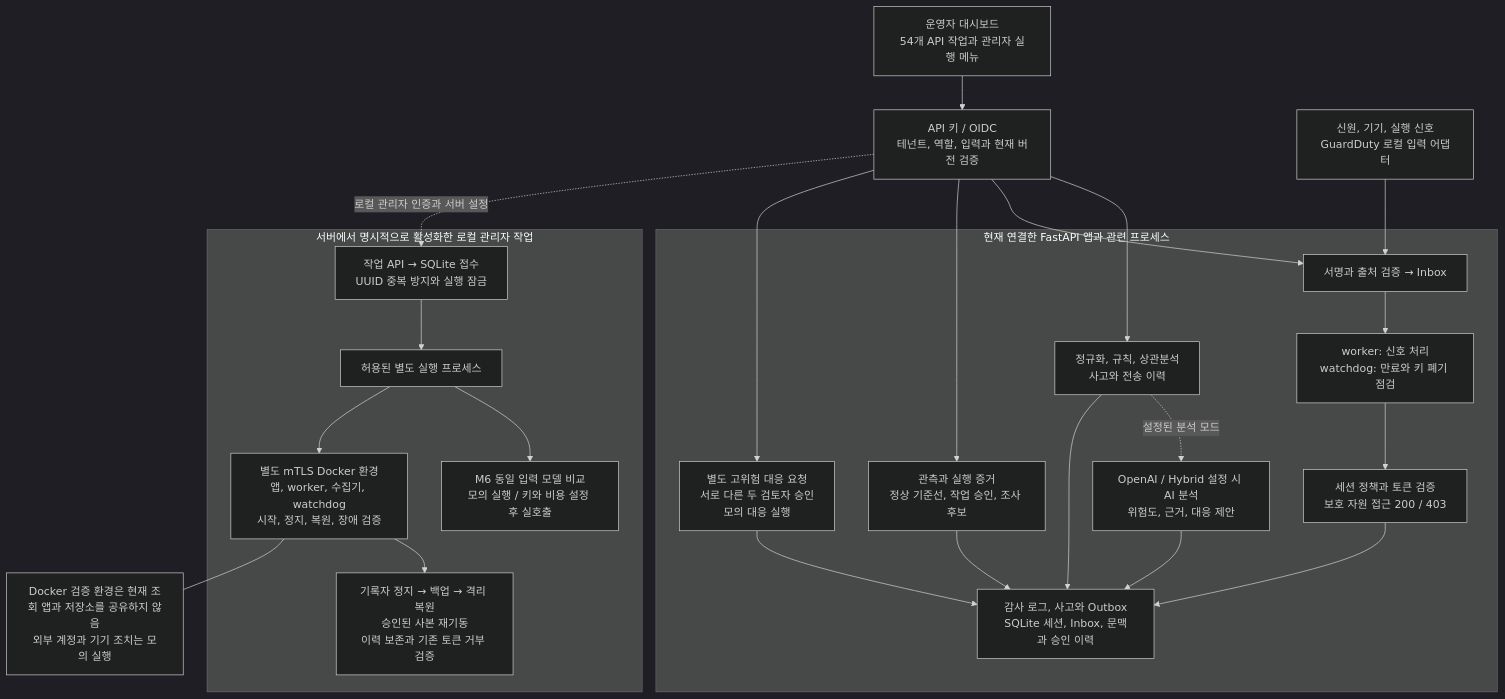
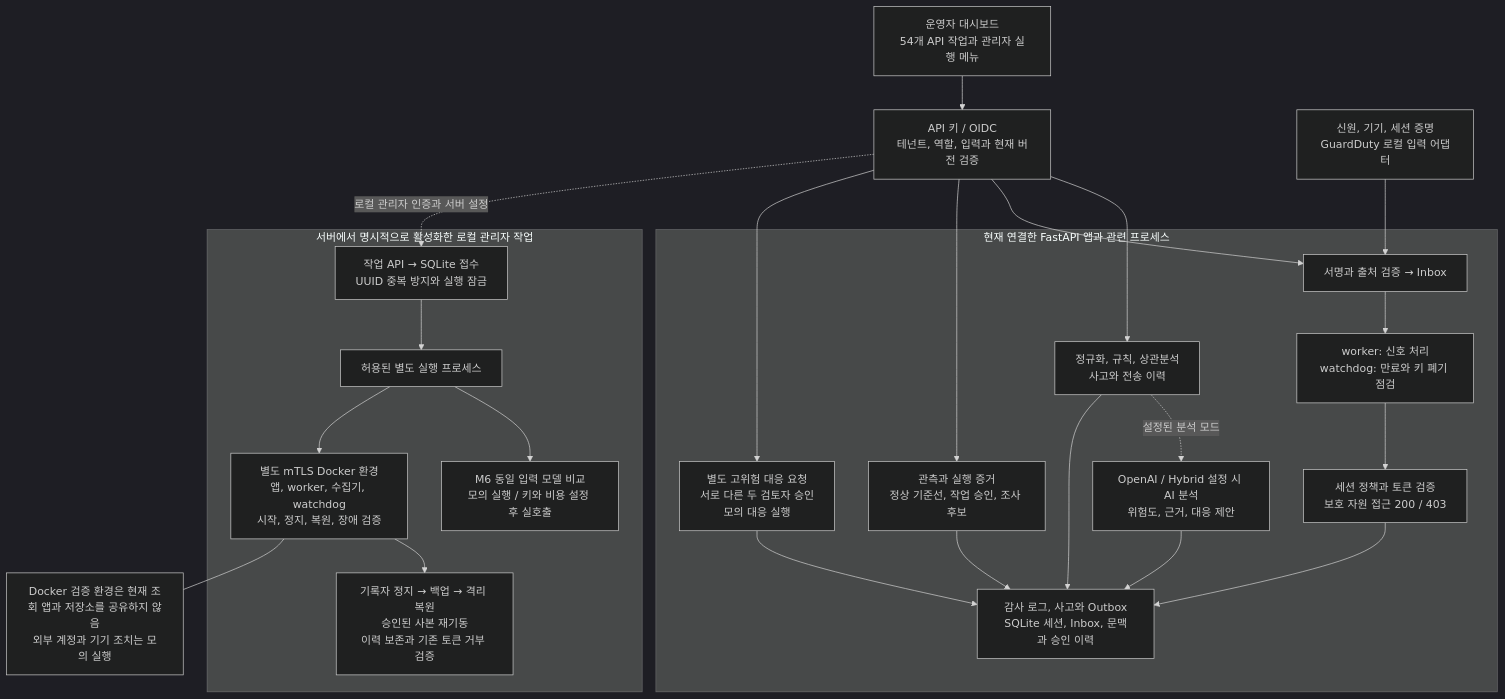
One commit to cheonan-asan-sta/zero-trust-llm-secops changed the diagram in docs/images/dashboard-architecture.mmd. Above: the diagram before and after it, drawn with Mermaid (dark theme). The commit also changed 2 other files, not shown here.

Commit message:
docs: clarify session observation input in dashboard architecture

```diff
--- a/docs/images/dashboard-architecture.mmd
+++ b/docs/images/dashboard-architecture.mmd
@@ -1,38 +1,38 @@
 flowchart TB
   UI["운영자 대시보드<br/>54개 API 작업과 관리자 실행 메뉴"]
   AUTH["API 키 / OIDC<br/>테넌트, 역할, 입력과 현재 버전 검증"]
   UI --> AUTH
   subgraph APP["현재 연결한 FastAPI 앱과 관련 프로세스"]
     ANALYSIS["정규화, 규칙, 상관분석<br/>사고와 전송 이력"]
     AI["OpenAI / Hybrid 설정 시 AI 분석<br/>위험도, 근거, 대응 제안"]
     INBOX["서명과 출처 검증 → Inbox"]
     WORKER["worker: 신호 처리<br/>watchdog: 만료와 키 폐기 점검"]
     SESSION["세션 정책과 토큰 검증<br/>보호 자원 접근 200 / 403"]
     CONTEXT["관측과 실행 증거<br/>정상 기준선, 작업 승인, 조사 후보"]
     RESPONSE["별도 고위험 대응 요청<br/>서로 다른 두 검토자 승인<br/>모의 대응 실행"]
     STORE["감사 로그, 사고와 Outbox<br/>SQLite 세션, Inbox, 문맥과 승인 이력"]
     ANALYSIS -. "설정된 분석 모드" .-> AI
     ANALYSIS --> STORE
     AI --> STORE
     INBOX --> WORKER --> SESSION --> STORE
     CONTEXT --> STORE
     RESPONSE --> STORE
   end
-  SOURCES["신원, 기기, 실행 신호<br/>GuardDuty 로컬 입력 어댑터"] --> INBOX
+  SOURCES["신원, 기기, 세션 증명<br/>GuardDuty 로컬 입력 어댑터"] --> INBOX
   AUTH --> ANALYSIS
   AUTH --> INBOX
   AUTH --> CONTEXT
   AUTH --> RESPONSE
   subgraph OPS["서버에서 명시적으로 활성화한 로컬 관리자 작업"]
     JOB["작업 API → SQLite 접수<br/>UUID 중복 방지와 실행 잠금"]
     CHILD["허용된 별도 실행 프로세스"]
     M6["M6 동일 입력 모델 비교<br/>모의 실행 / 키와 비용 설정 후 실호출"]
     DOCKER["별도 mTLS Docker 환경<br/>앱, worker, 수집기, watchdog<br/>시작, 정지, 복원, 장애 검증"]
     RECOVERY["기록자 정지 → 백업 → 격리 복원<br/>승인된 사본 재기동<br/>이력 보존과 기존 토큰 거부 검증"]
     JOB --> CHILD
     CHILD --> M6
     CHILD --> DOCKER --> RECOVERY
   end
   AUTH -. "로컬 관리자 인증과 서버 설정" .-> JOB
   NOTE["Docker 검증 환경은 현재 조회 앱과 저장소를 공유하지 않음<br/>외부 계정과 기기 조치는 모의 실행"]
   DOCKER --- NOTE
```
